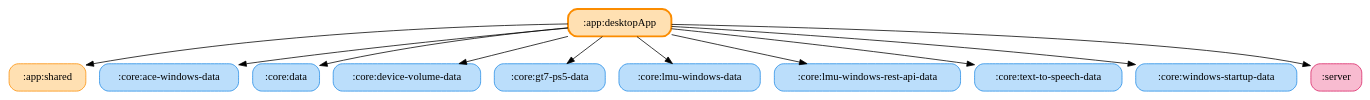
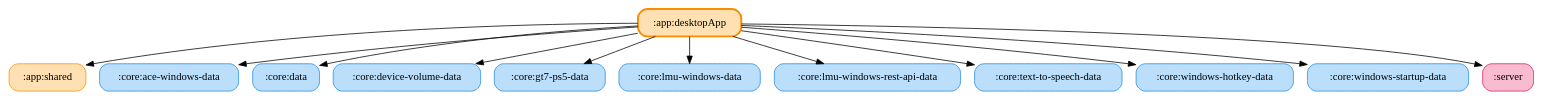
One commit to ai-kurou/KoDriver changed the diagram in docs/graphs/app-desktopApp.gv. Above: the diagram before and after it, drawn with Graphviz. The commit also changed 7 other files, not shown here.

Commit message:
chore: update module graph images

```diff
--- a/docs/graphs/app-desktopApp.gv
+++ b/docs/graphs/app-desktopApp.gv
@@ -1,25 +1,27 @@
 digraph G {
   rankdir=TB
   node [shape=box, style="rounded,filled"]
   ":app:desktopApp" [fillcolor="#FFE0B2", color="#FB8C00", penwidth=2.5]
   ":app:shared" [fillcolor="#FFE0B2", color="#FB8C00", penwidth=1]
   ":core:ace-windows-data" [fillcolor="#BBDEFB", color="#1E88E5", penwidth=1]
   ":core:data" [fillcolor="#BBDEFB", color="#1E88E5", penwidth=1]
   ":core:device-volume-data" [fillcolor="#BBDEFB", color="#1E88E5", penwidth=1]
   ":core:gt7-ps5-data" [fillcolor="#BBDEFB", color="#1E88E5", penwidth=1]
   ":core:lmu-windows-data" [fillcolor="#BBDEFB", color="#1E88E5", penwidth=1]
   ":core:lmu-windows-rest-api-data" [fillcolor="#BBDEFB", color="#1E88E5", penwidth=1]
   ":core:text-to-speech-data" [fillcolor="#BBDEFB", color="#1E88E5", penwidth=1]
+  ":core:windows-hotkey-data" [fillcolor="#BBDEFB", color="#1E88E5", penwidth=1]
   ":core:windows-startup-data" [fillcolor="#BBDEFB", color="#1E88E5", penwidth=1]
   ":server" [fillcolor="#F8BBD0", color="#D81B60", penwidth=1]
   ":app:desktopApp" -> ":app:shared"
   ":app:desktopApp" -> ":core:data"
   ":app:desktopApp" -> ":core:lmu-windows-data"
   ":app:desktopApp" -> ":core:lmu-windows-rest-api-data"
   ":app:desktopApp" -> ":core:gt7-ps5-data"
   ":app:desktopApp" -> ":core:ace-windows-data"
   ":app:desktopApp" -> ":core:device-volume-data"
   ":app:desktopApp" -> ":core:text-to-speech-data"
   ":app:desktopApp" -> ":core:windows-startup-data"
+  ":app:desktopApp" -> ":core:windows-hotkey-data"
   ":app:desktopApp" -> ":server"
 }
```
